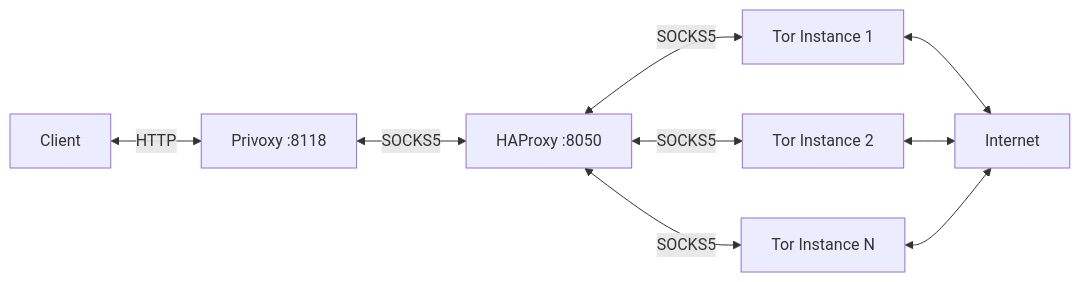
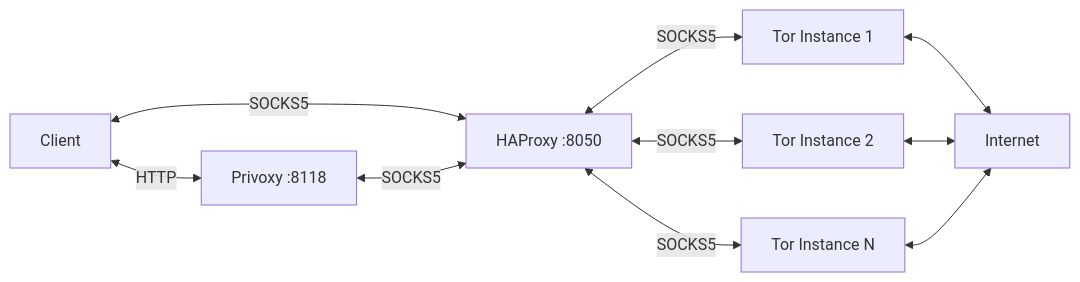
Before and after one commit to perennialtech/docker-tor-privoxy-alpine: the diagram in README.md, drawn with Mermaid.

Commit message:
edit mermaid

````diff
--- a/README.md
+++ b/README.md
@@ -13,19 +13,20 @@
 ```mermaid
 graph LR
     Client[Client]
     Privoxy[Privoxy :8118]
     HAProxy[HAProxy :8050]
     Tor1[Tor Instance 1]
     Tor2[Tor Instance 2]
     TorN[Tor Instance N]
     Internet[Internet]
 
     Client <-->|HTTP| Privoxy
+    Client <-->|SOCKS5| HAProxy
     Privoxy <-->|SOCKS5| HAProxy
     HAProxy <-->|SOCKS5| Tor1
     HAProxy <-->|SOCKS5| Tor2
     HAProxy <-->|SOCKS5| TorN
     Tor1 <--> Internet
     Tor2 <--> Internet
     TorN <--> Internet
 ```
````
